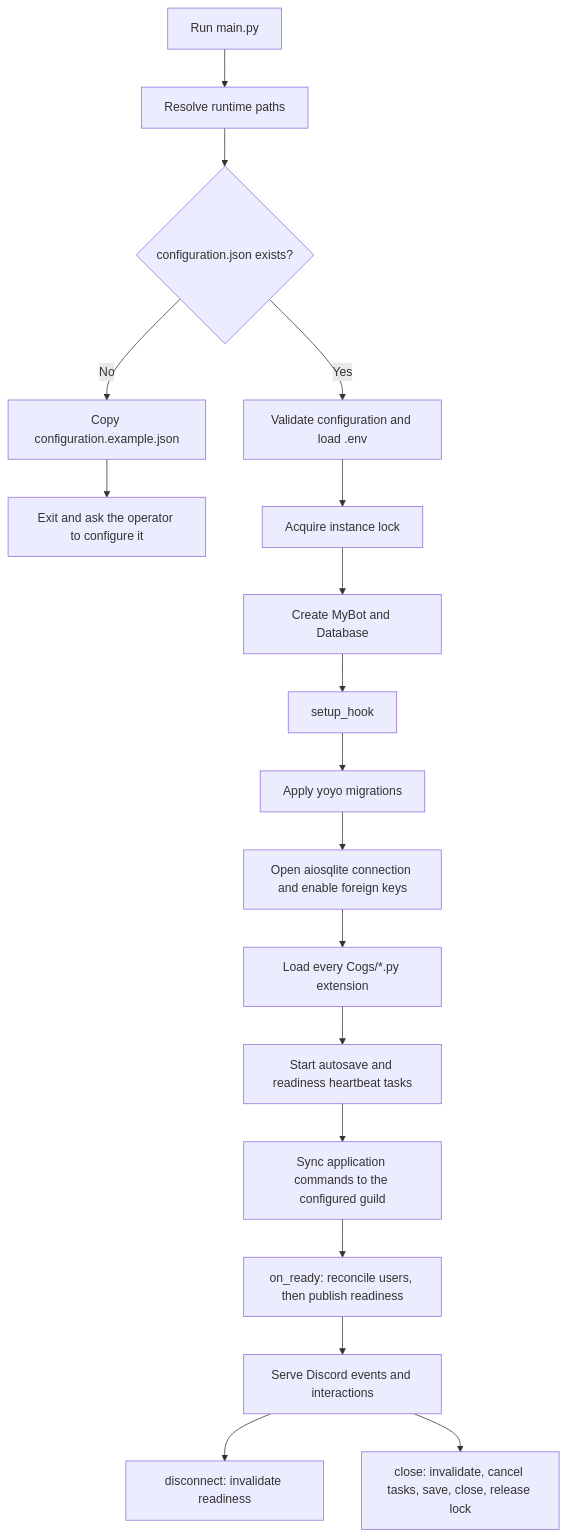
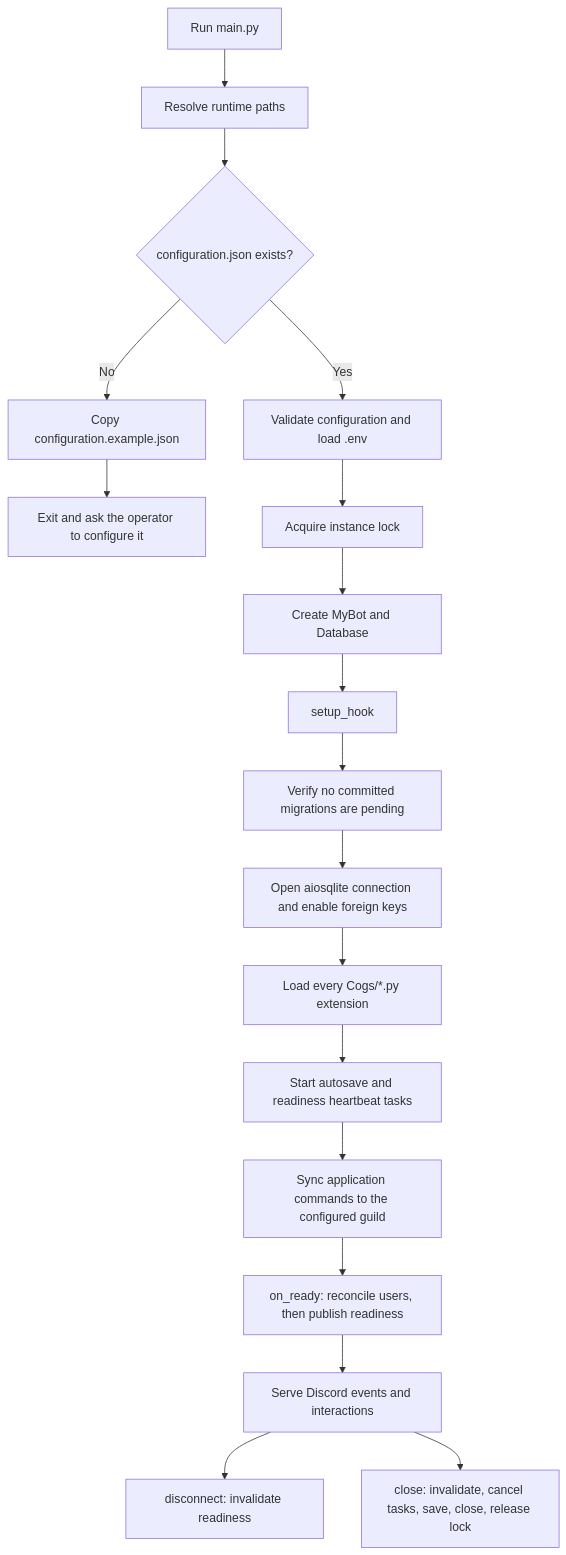
The first of 2 diagrams in docs/architecture.md (Bartolini515/FOGDiscordBot), drawn with Mermaid before and after one commit. The commit also changed other lines of this file and 6 other files, not shown here.

````diff
--- a/docs/architecture.md
+++ b/docs/architecture.md
@@ -21,20 +21,20 @@
 ```mermaid
 flowchart TD
     A["Run main.py"] --> B["Resolve runtime paths"]
     B --> C{"configuration.json exists?"}
     C -- No --> D["Copy configuration.example.json"]
     D --> E["Exit and ask the operator to configure it"]
     C -- Yes --> F["Validate configuration and load .env"]
     F --> G["Acquire instance lock"]
     G --> H["Create MyBot and Database"]
     H --> I["setup_hook"]
-    I --> J["Apply yoyo migrations"]
+    I --> J["Verify no committed migrations are pending"]
     J --> K["Open aiosqlite connection and enable foreign keys"]
     K --> L["Load every Cogs/*.py extension"]
     L --> M["Start autosave and readiness heartbeat tasks"]
     M --> N["Sync application commands to the configured guild"]
     N --> O["on_ready: reconcile users, then publish readiness"]
     O --> P["Serve Discord events and interactions"]
     P --> Q["disconnect: invalidate readiness"]
     P --> R["close: invalidate, cancel tasks, save, close, release lock"]
 ```
````
